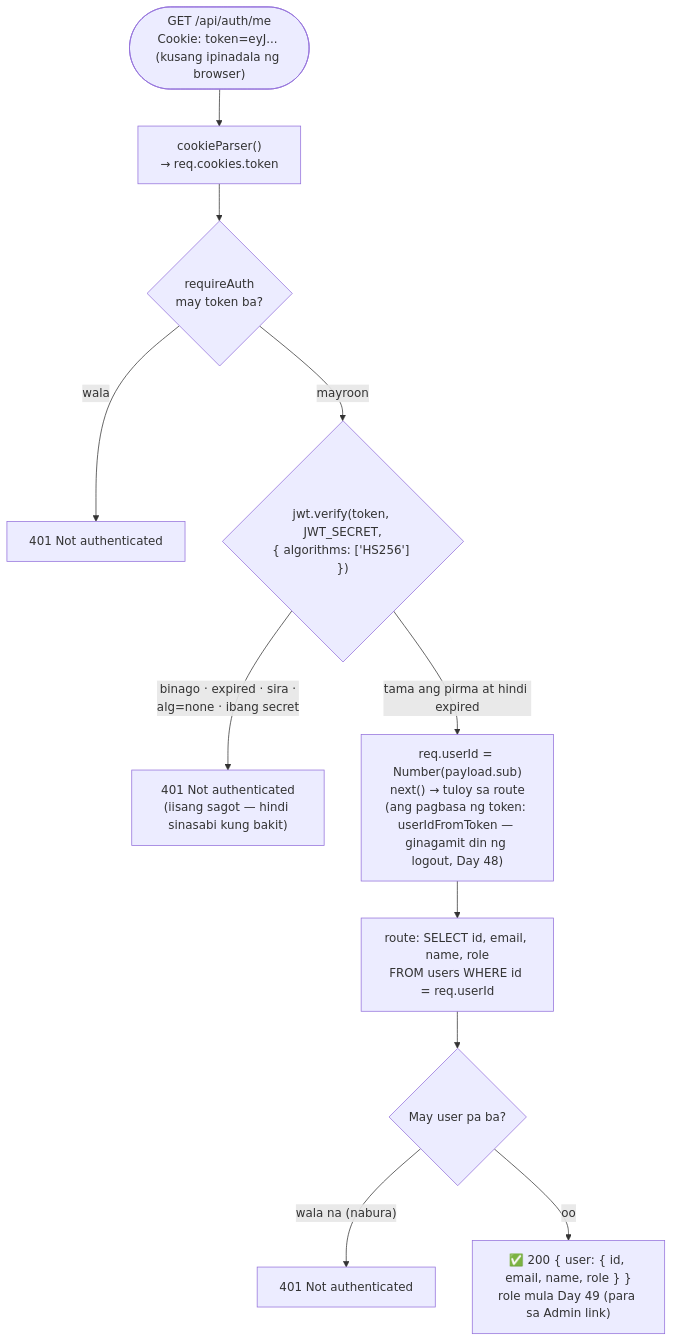
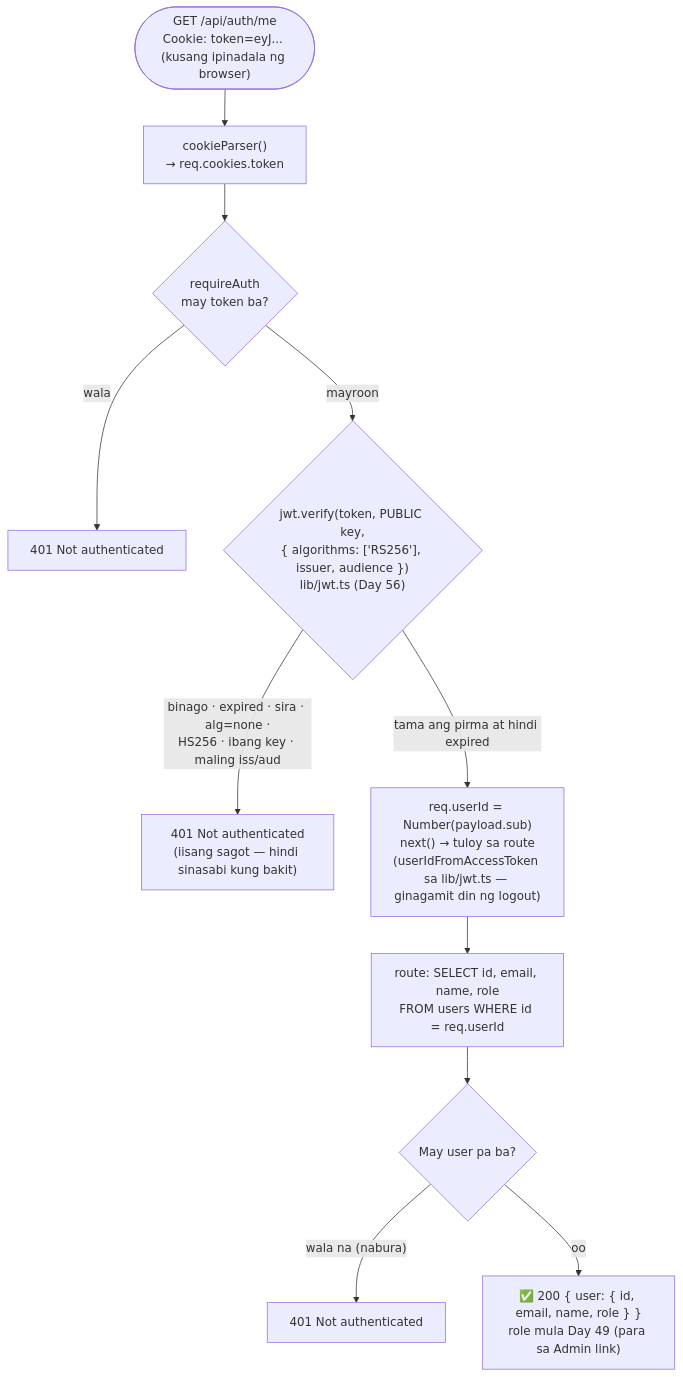
The diagram in docs/diagrams/05-auth-middleware.md (nelson1869-ai/auth-learning), drawn with Mermaid before and after one commit. The commit also changed other lines of this file and 19 other files, not shown here.

````diff
--- a/docs/diagrams/05-auth-middleware.md
+++ b/docs/diagrams/05-auth-middleware.md
@@ -10,13 +10,13 @@
 ```mermaid
 flowchart TD
     Req(["GET /api/auth/me<br/>Cookie: token=eyJ... (kusang ipinadala ng browser)"]) --> CP["cookieParser()<br/>→ req.cookies.token"]
     CP --> MW{"requireAuth<br/>may token ba?"}
     MW -->|"wala"| U1["401 Not authenticated"]
-    MW -->|"mayroon"| V{"jwt.verify(token, JWT_SECRET,<br/>{ algorithms: ['HS256'] })"}
-    V -->|"binago · expired · sira ·<br/>alg=none · ibang secret"| U2["401 Not authenticated<br/>(iisang sagot — hindi sinasabi kung bakit)"]
-    V -->|"tama ang pirma at hindi expired"| Set["req.userId = Number(payload.sub)<br/>next() → tuloy sa route<br/>(ang pagbasa ng token: userIdFromToken — ginagamit din ng logout, Day 48)"]
+    MW -->|"mayroon"| V{"jwt.verify(token, PUBLIC key,<br/>{ algorithms: ['RS256'], issuer, audience })<br/>lib/jwt.ts (Day 56)"}
+    V -->|"binago · expired · sira · alg=none ·<br/>HS256 · ibang key · maling iss/aud"| U2["401 Not authenticated<br/>(iisang sagot — hindi sinasabi kung bakit)"]
+    V -->|"tama ang pirma at hindi expired"| Set["req.userId = Number(payload.sub)<br/>next() → tuloy sa route<br/>(userIdFromAccessToken sa lib/jwt.ts — ginagamit din ng logout)"]
     Set --> Route["route: SELECT id, email, name, role<br/>FROM users WHERE id = req.userId"]
     Route --> Found{"May user pa ba?"}
     Found -->|"wala na (nabura)"| U3["401 Not authenticated"]
     Found -->|"oo"| OK["✅ 200 { user: { id, email, name, role } }<br/>role mula Day 49 (para sa Admin link)"]
 ```
````
